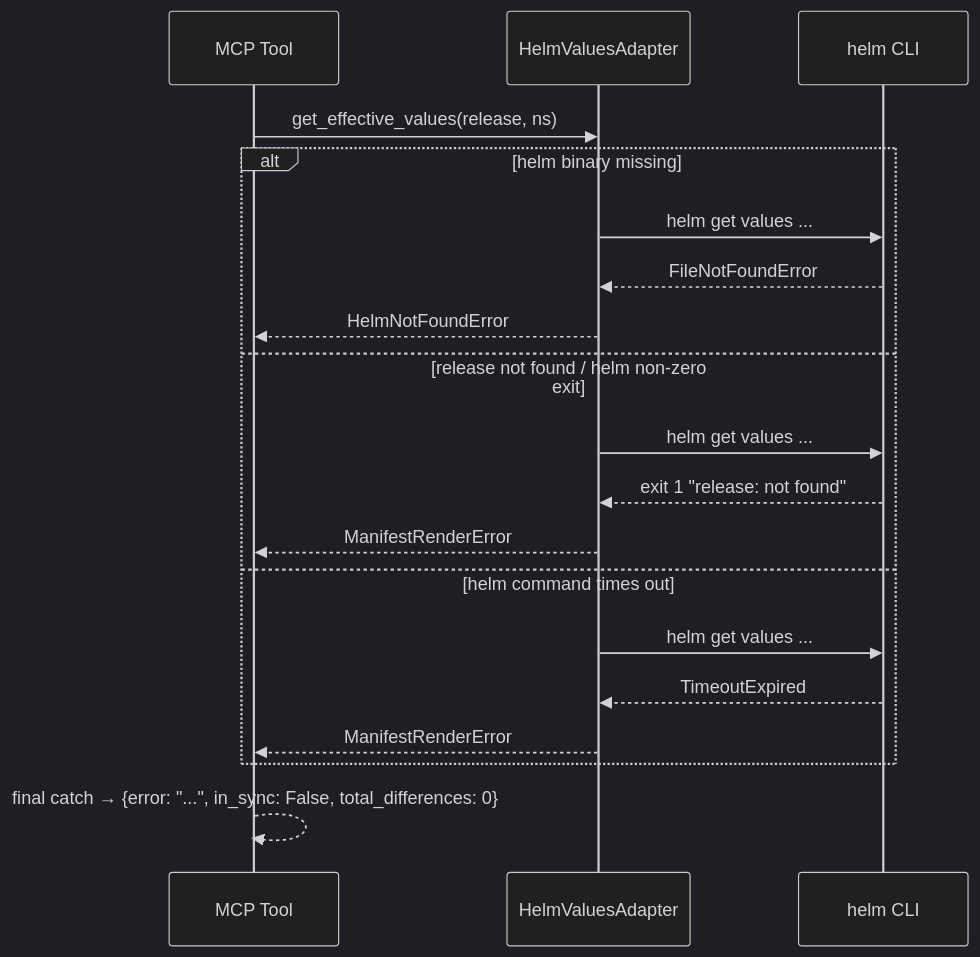
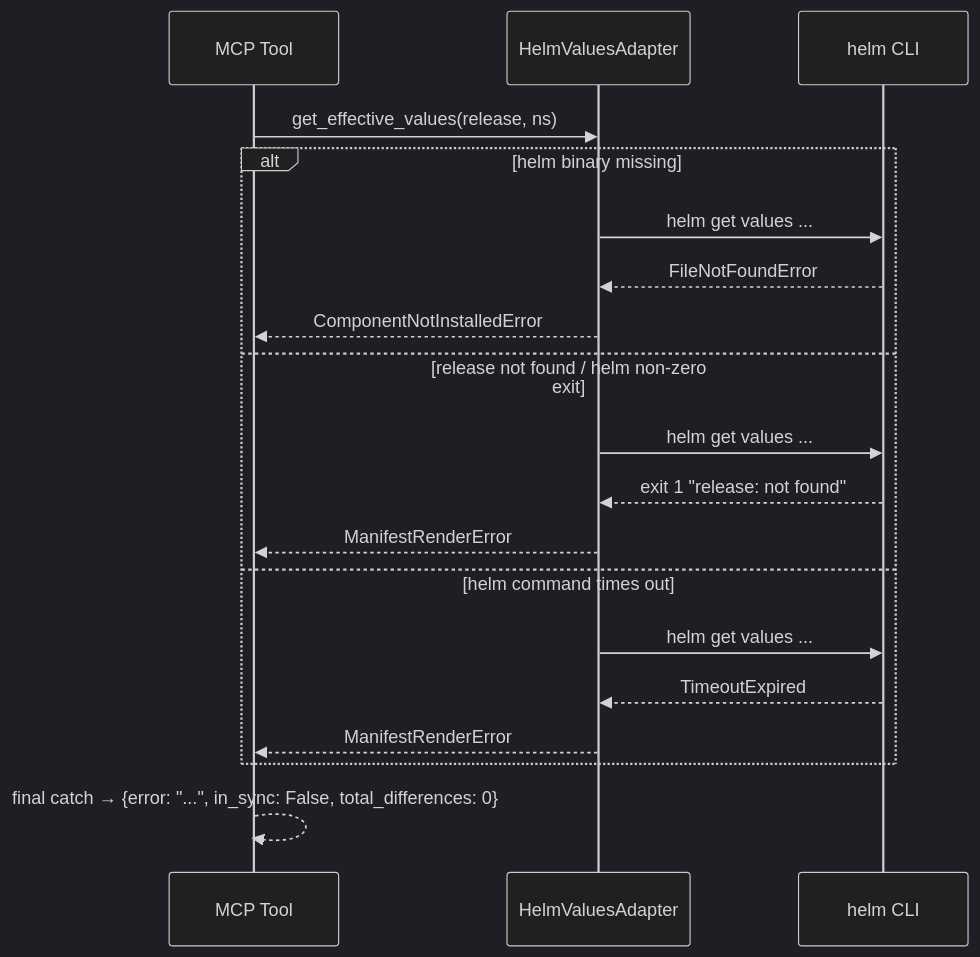
Before and after one commit to hexa-tools/hexawyn: the second of 3 diagrams in docs/use-cases/100-diff-helm-values.md, drawn with Mermaid (dark theme). The commit also changed 12 other files, not shown here.

````diff
--- a/docs/use-cases/100-diff-helm-values.md
+++ b/docs/use-cases/100-diff-helm-values.md
@@ -65,22 +65,22 @@
 ```mermaid
 sequenceDiagram
     participant MCP as MCP Tool
     participant Adapter as HelmValuesAdapter
     participant Helm as helm CLI
 
     MCP->>Adapter: get_effective_values(release, ns)
     alt helm binary missing
         Adapter->>Helm: helm get values ...
         Helm-->>Adapter: FileNotFoundError
-        Adapter-->>MCP: HelmNotFoundError
+        Adapter-->>MCP: ComponentNotInstalledError
     else release not found / helm non-zero exit
         Adapter->>Helm: helm get values ...
         Helm-->>Adapter: exit 1 "release: not found"
         Adapter-->>MCP: ManifestRenderError
     else helm command times out
         Adapter->>Helm: helm get values ...
         Helm-->>Adapter: TimeoutExpired
         Adapter-->>MCP: ManifestRenderError
     end
     MCP-->>MCP: final catch → {error: "...", in_sync: False, total_differences: 0}
 ```
````
